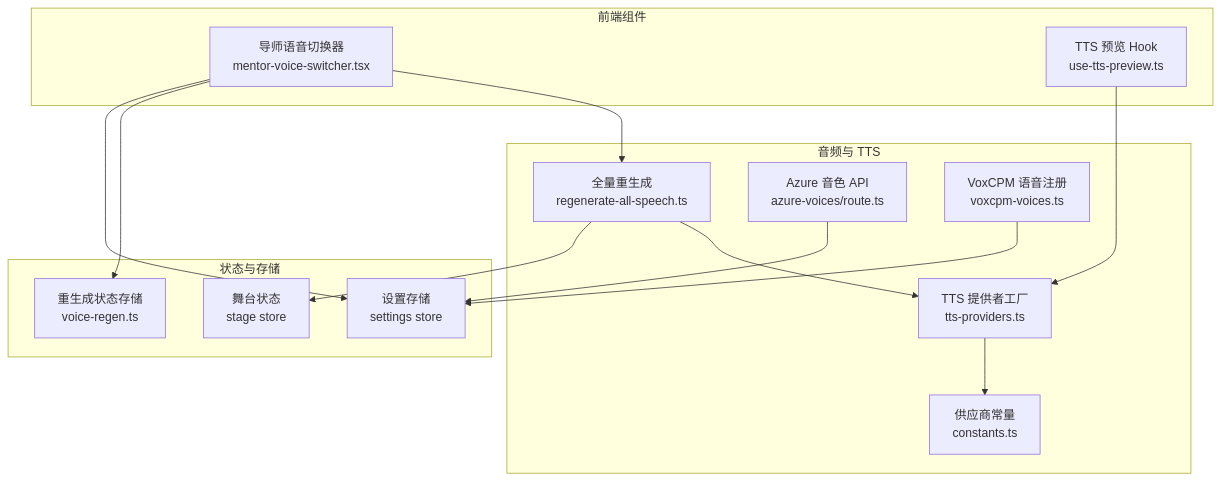
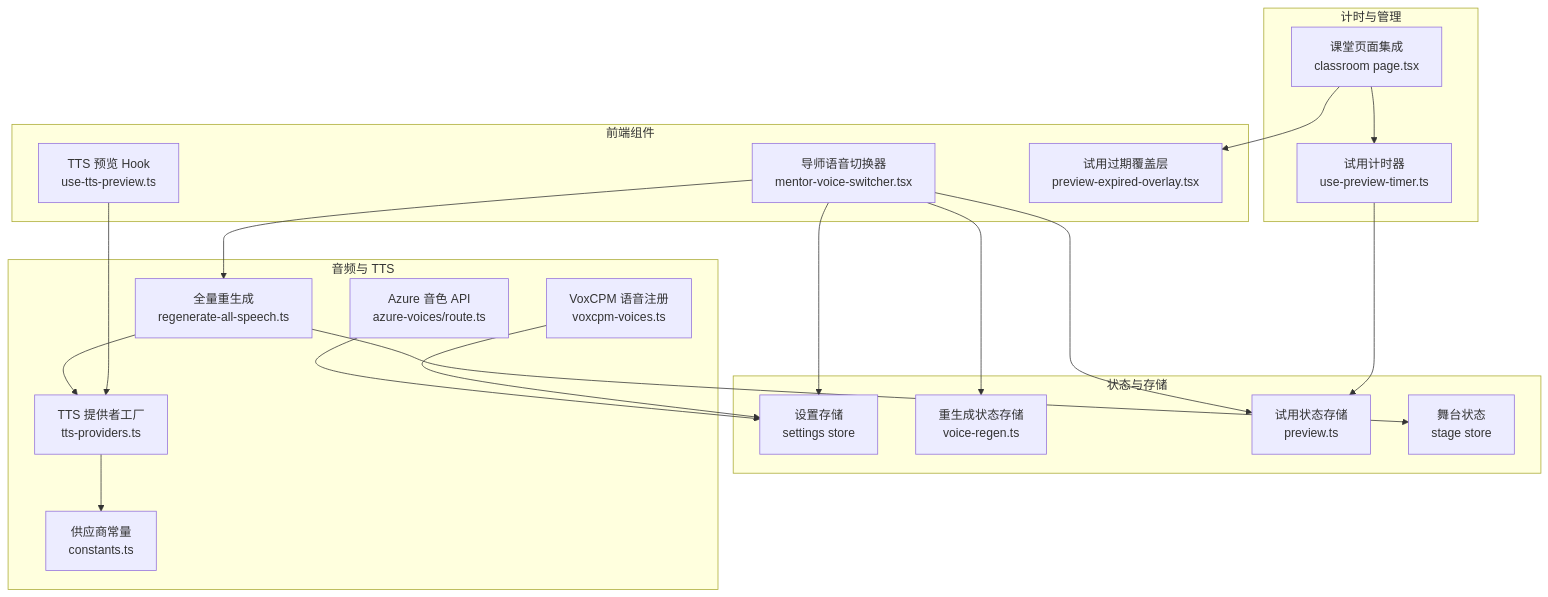
One commit to huangboheng/OpenMAIC changed the fourth of 12 diagrams in .qoder/repowiki/zh/content/UI 组件系统/课堂播放组件/导师语音切换器组件.md. Above: the diagram before and after it, drawn with Mermaid. The commit also changed other lines of this file and 41 other files, not shown here.

````diff
--- a/.qoder/repowiki/zh/content/UI 组件系统/课堂播放组件/导师语音切换器组件.md
+++ b/.qoder/repowiki/zh/content/UI 组件系统/课堂播放组件/导师语音切换器组件.md
@@ -201,28 +296,38 @@
 ```mermaid
 graph TB
 subgraph "前端组件"
 VS["导师语音切换器<br/>mentor-voice-switcher.tsx"]
 PR["TTS 预览 Hook<br/>use-tts-preview.ts"]
+PEO["试用过期覆盖层<br/>preview-expired-overlay.tsx"]
 end
 subgraph "状态与存储"
 SS["设置存储<br/>settings store"]
 VR["重生成状态存储<br/>voice-regen.ts"]
+PS["试用状态存储<br/>preview.ts"]
 ST["舞台状态<br/>stage store"]
 end
 subgraph "音频与 TTS"
 RS["全量重生成<br/>regenerate-all-speech.ts"]
 TP["TTS 提供者工厂<br/>tts-providers.ts"]
 CT["供应商常量<br/>constants.ts"]
 AZ["Azure 音色 API<br/>azure-voices/route.ts"]
 VC["VoxCPM 语音注册<br/>voxcpm-voices.ts"]
 end
+subgraph "计时与管理"
+PT["试用计时器<br/>use-preview-timer.ts"]
+CP["课堂页面集成<br/>classroom page.tsx"]
+end
 VS --> SS
 VS --> VR
+VS --> PS
 VS --> RS
 RS --> ST
 RS --> TP
 TP --> CT
 PR --> TP
 AZ --> SS
 VC --> SS
+PT --> PS
+CP --> PEO
+CP --> PT
 ```
````
